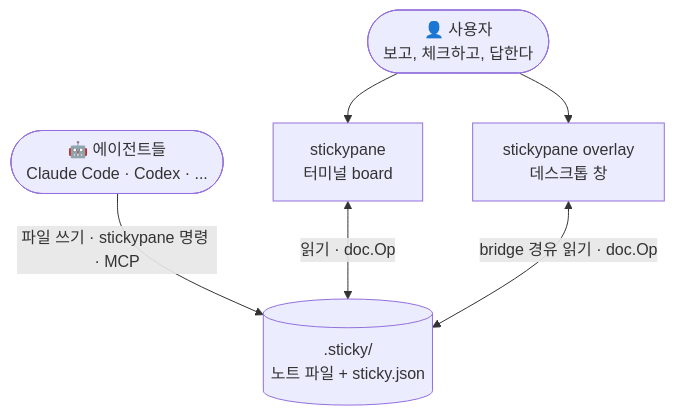
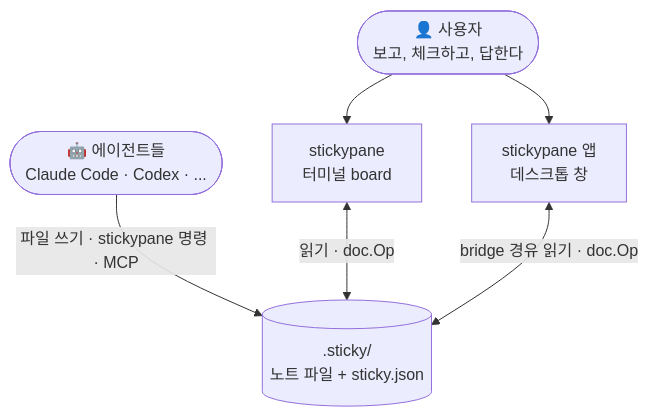
Before and after one commit to LeeSwallow/stickypane: the first of 7 diagrams in docs/overlay/02-system-architecture.md, drawn with Mermaid. The commit also changed other lines of this file and 360 other files, not shown here.

````diff
--- a/docs/overlay/02-system-architecture.md
+++ b/docs/overlay/02-system-architecture.md
@@ -21,14 +21,14 @@
 ```mermaid
 flowchart TB
   user(["👤 사용자<br/>보고, 체크하고, 답한다"])
   agent(["🤖 에이전트들<br/>Claude Code · Codex · ..."])
   folder[(".sticky/<br/>노트 파일 + sticky.json")]
   tui["stickypane<br/>터미널 board"]
-  ov["stickypane overlay<br/>데스크톱 창"]
+  ov["stickypane 앱<br/>데스크톱 창"]
 
   agent -->|"파일 쓰기 · stickypane 명령 · MCP"| folder
   tui <-->|"읽기 · doc.Op"| folder
   ov <-->|"bridge 경유 읽기 · doc.Op"| folder
   user --> tui
   user --> ov
 ```
````
